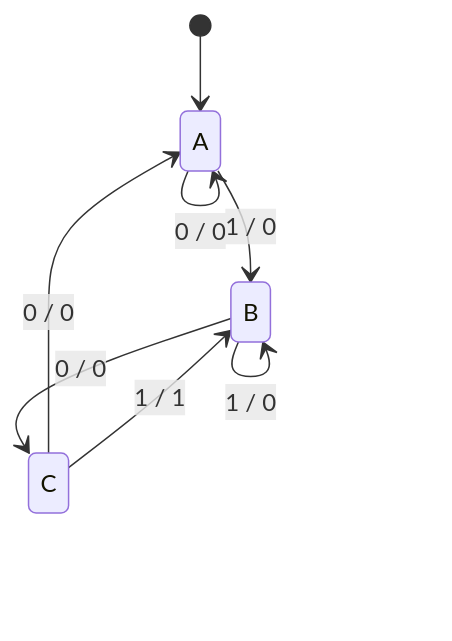
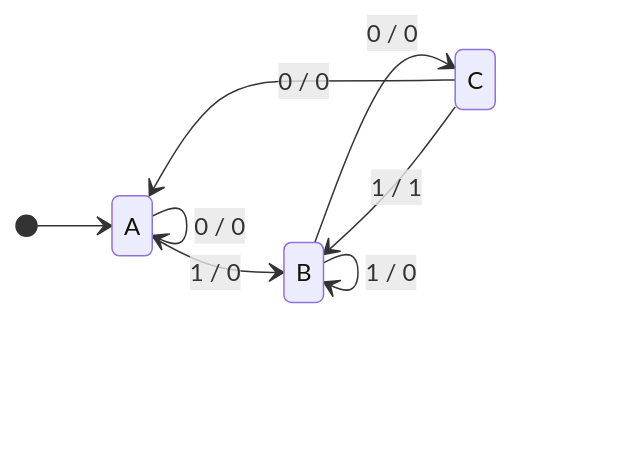
Before and after one commit to tacona1016/lecture: the diagram in chapters/08-fsm.md, drawn with Mermaid. The commit also changed 15 other files, not shown here.

````diff
--- a/chapters/08-fsm.md
+++ b/chapters/08-fsm.md
@@ -43,10 +43,11 @@
 ```mermaid
 stateDiagram-v2
+  direction LR
   [*] --> A
   A --> A: 0 / 0
   A --> B: 1 / 0
   B --> B: 1 / 0
   B --> C: 0 / 0
   C --> A: 0 / 0
   C --> B: 1 / 1
 ```
````
